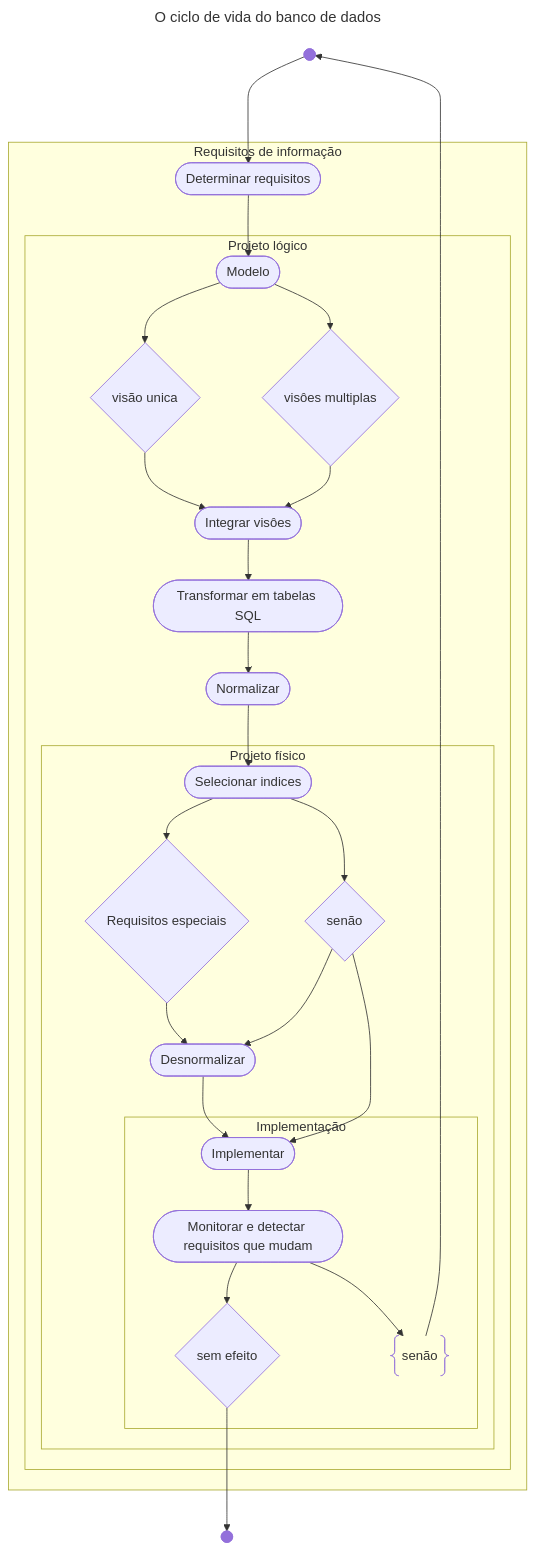
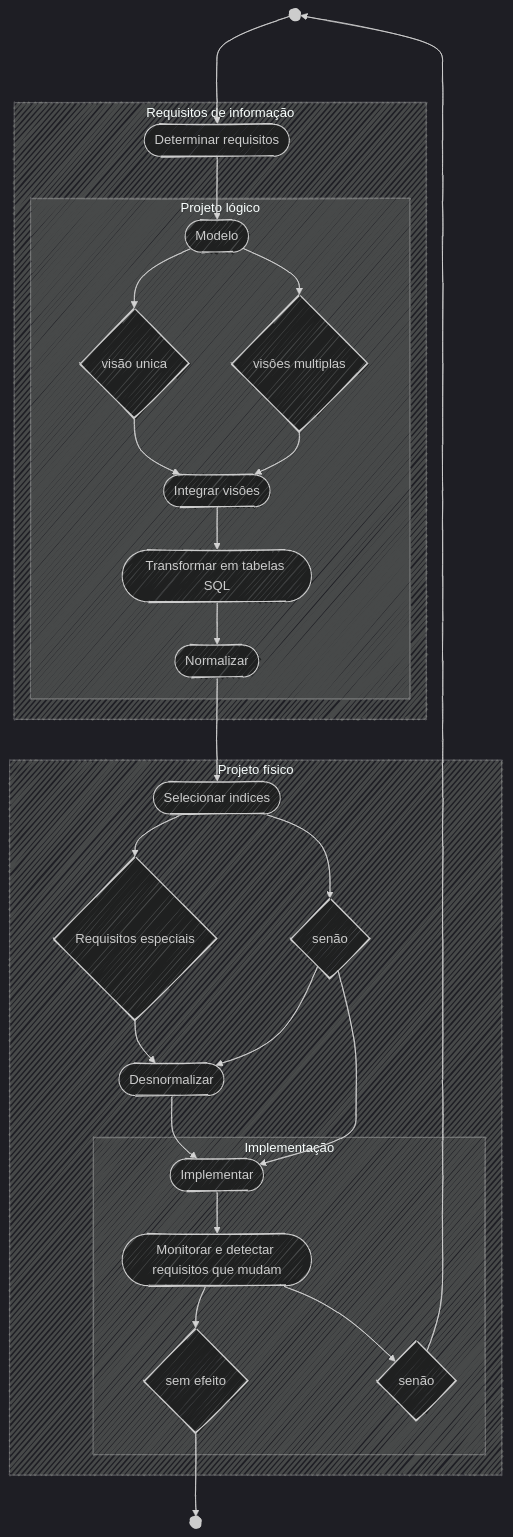
One commit to mgomesdev/projeto-e-modelagem-de-banco-de-dados changed the diagram in introducao/INTRODUCAO/ciclo-de-vida-bd.mmd. Above: the diagram before and after it, drawn with Mermaid.

Commit message:
refactor: separa projeto logico do fisico, e melhora tema do mermaid

```diff
--- a/introducao/INTRODUCAO/ciclo-de-vida-bd.mmd
+++ b/introducao/INTRODUCAO/ciclo-de-vida-bd.mmd
@@ -1,57 +1,63 @@
 ---
-title: O ciclo de vida do banco de dados
+config:
+    theme: dark
+    look: handDrawn
+    title: O ciclo de vida do banco de dados
 ---
-flowchart TD
+flowchart TB
     inicio@{shape: f-circ}
     subgraph Requisitos de informação
     determinar-requisitos@{shape: stadium, label: "Determinar requisitos"}
+
     subgraph Projeto lógico
     modelo@{shape: stadium, label: "Modelo"}
     visao-unica@{shape: diamond, label: "visão unica"}
     visoes-multiplas@{shape: diamond, label: "visôes multiplas"}
     integrar-visoes@{shape: stadium, label: "Integrar visôes"}
     transformar-tabelas-sql@{shape: stadium, label: "Transformar em tabelas SQL"}
     normalizar@{shape: stadium, label: "Normalizar"}
+    end    
+    end
+
     subgraph Projeto físico
     selecionar-indices@{shape: stadium, label: "Selecionar indices"}
     requisitos-especiais-sim@{shape: diamond, label: "Requisitos especiais"}
     requisitos-especiais-nao@{shape: diamond, label: "senão"}
     desnormalizar@{shape: stadium, label: "Desnormalizar"}
+
     subgraph Implementação
     implementar@{shape: stadium, label: "Implementar"}
     monitorar-requisitos@{shape: stadium, label: "Monitorar e detectar requisitos que mudam"}
-    requisitos-mudaram@{shape: braces, label: "senão"}
+    requisitos-mudaram@{shape: diamond, label: "senão"}
     requisitos-nao-mudaram@{shape: diamond, label: "sem efeito"}
-    end    
-    end
     end
     end
     fim@{shape: f-circ, label: "fim"}
 
     %% requisitos de informação %%
     inicio ---> determinar-requisitos
     determinar-requisitos --> modelo
 
     %% projeto lógico %%
     modelo --> visao-unica
     modelo --> visoes-multiplas
     visao-unica --> integrar-visoes
     visoes-multiplas --> integrar-visoes
     integrar-visoes --> transformar-tabelas-sql
     transformar-tabelas-sql --> normalizar
 
     %% projeto físico %%
     normalizar --> selecionar-indices
     selecionar-indices --> requisitos-especiais-sim
     selecionar-indices --> requisitos-especiais-nao
     requisitos-especiais-sim --> desnormalizar
     requisitos-especiais-nao --> desnormalizar
 
     %% implementacao %%
     requisitos-especiais-nao --> implementar
     desnormalizar --> implementar
     implementar --> monitorar-requisitos
     monitorar-requisitos --> requisitos-nao-mudaram
     monitorar-requisitos --> requisitos-mudaram
     requisitos-mudaram --> inicio
     requisitos-nao-mudaram --> fim
```
